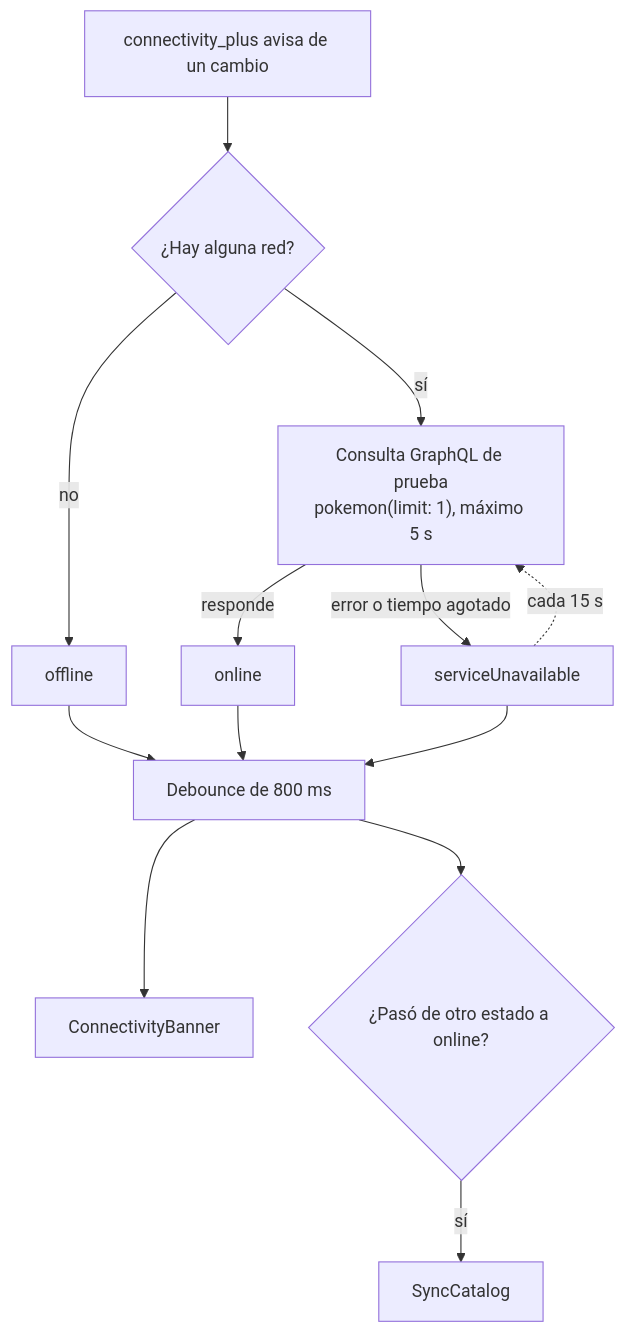
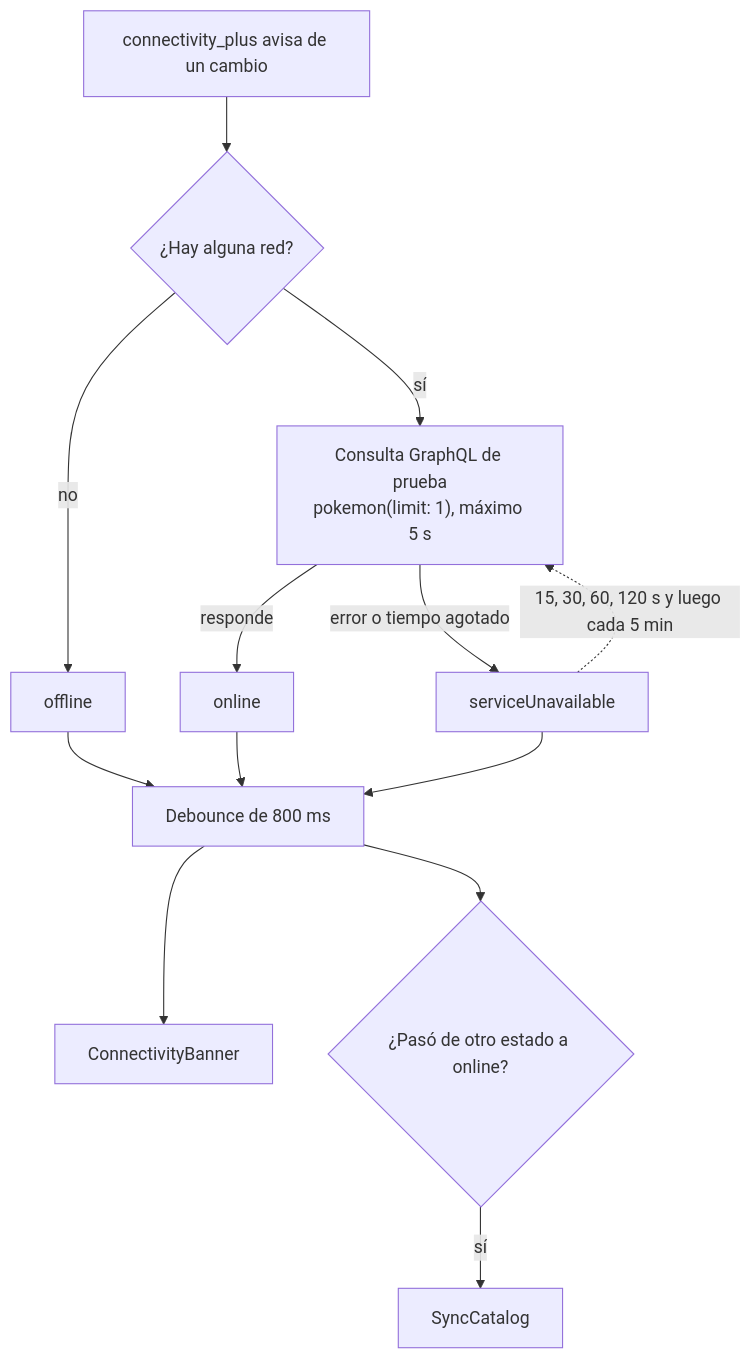
Before and after one commit to JoseHidalgoG/pokedex-flutter: the fourth of 5 diagrams in docs/arquitectura.md, drawn with Mermaid. The commit also changed other lines of this file, not shown here.

Commit message:
docs(arquitectura): describir la espera creciente de la salud

````diff
--- a/docs/arquitectura.md
+++ b/docs/arquitectura.md
@@ -130,15 +130,15 @@
 ```mermaid
 flowchart TD
   Change[connectivity_plus avisa de un cambio] --> Network{¿Hay alguna red?}
   Network -- no --> Offline[offline]
   Network -- sí --> Health["Consulta GraphQL de prueba<br/>pokemon(limit: 1), máximo 5 s"]
   Health -- responde --> Online[online]
   Health -- error o tiempo agotado --> Unavailable[serviceUnavailable]
-  Unavailable -. cada 15 s .-> Health
+  Unavailable -.->|15, 30, 60, 120 s y luego cada 5 min| Health
   Offline --> Debounce[Debounce de 800 ms]
   Online --> Debounce
   Unavailable --> Debounce
   Debounce --> Banner[ConnectivityBanner]
   Debounce --> Transition{¿Pasó de otro estado a online?}
   Transition -- sí --> SyncCatalog[SyncCatalog]
 ```
````
